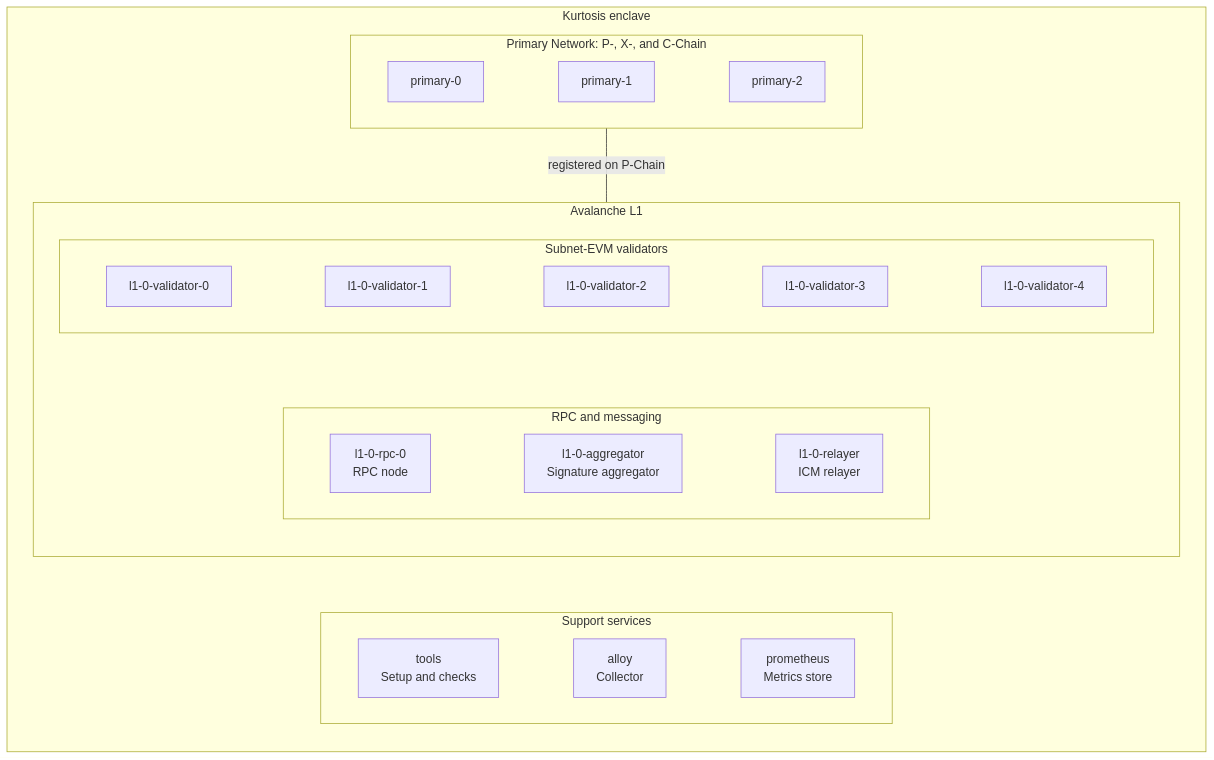
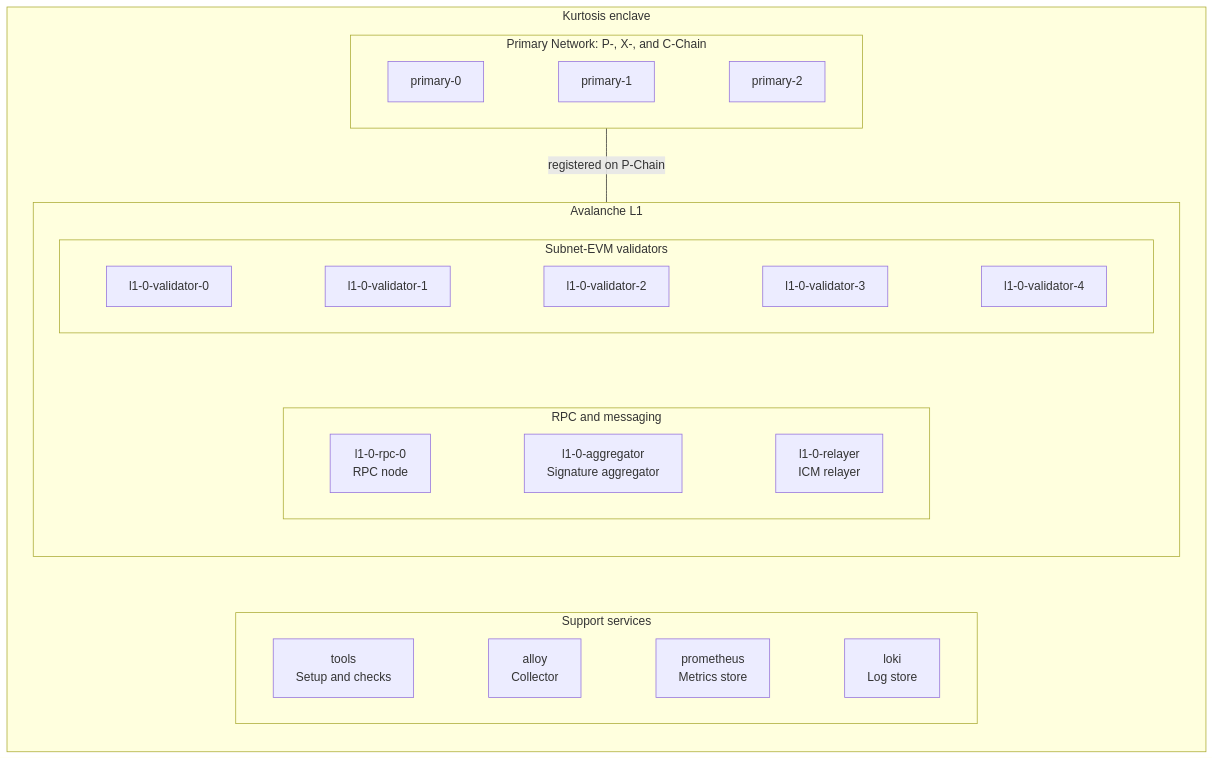
The diagram in README.md (jhkimqd/kurtosis-avalanche), drawn with Mermaid before and after one commit. The commit also changed other lines of this file and 20 other files, not shown here.

````diff
--- a/README.md
+++ b/README.md
@@ -13,42 +13,43 @@
 ```mermaid
 flowchart TB
     subgraph enclave["Kurtosis enclave"]
         direction TB
         subgraph primary["Primary Network: P-, X-, and C-Chain"]
             direction LR
             P0["primary-0"]
             P1["primary-1"]
             P2["primary-2"]
             P0 ~~~ P1 ~~~ P2
         end
         subgraph l1["Avalanche L1"]
             direction TB
             subgraph validators["Subnet-EVM validators"]
                 direction LR
                 V0["l1-0-validator-0"]
                 V1["l1-0-validator-1"]
                 V2["l1-0-validator-2"]
                 V3["l1-0-validator-3"]
                 V4["l1-0-validator-4"]
                 V0 ~~~ V1 ~~~ V2 ~~~ V3 ~~~ V4
             end
             subgraph services["RPC and messaging"]
                 direction LR
                 R["l1-0-rpc-0<br/>RPC node"]
                 A["l1-0-aggregator<br/>Signature aggregator"]
                 B["l1-0-relayer<br/>ICM relayer"]
                 R ~~~ A ~~~ B
             end
             validators ~~~ services
         end
         subgraph support["Support services"]
             direction LR
             T["tools<br/>Setup and checks"]
             C["alloy<br/>Collector"]
             M["prometheus<br/>Metrics store"]
-            T ~~~ C ~~~ M
+            L["loki<br/>Log store"]
+            T ~~~ C ~~~ M ~~~ L
         end
         primary ---|"registered on P-Chain"| l1
         l1 ~~~ support
     end
 ```
````
